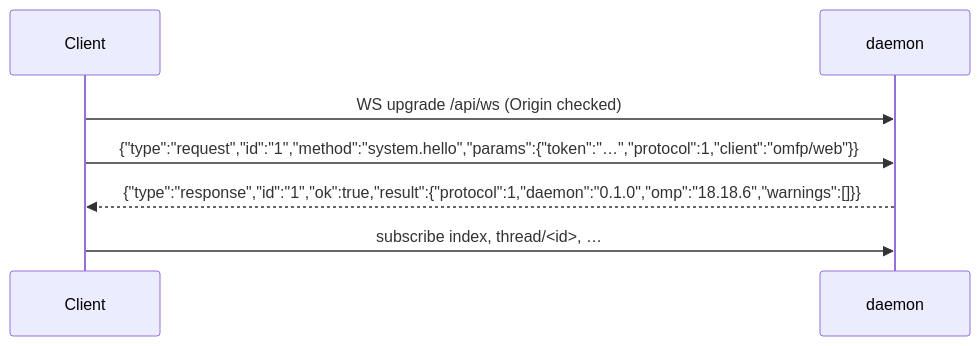
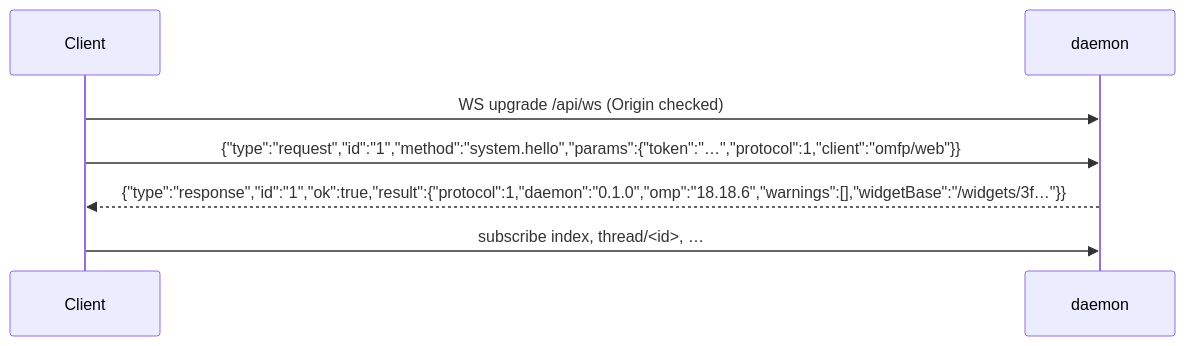
Before and after one commit to TonioGela/omfp: the diagram in docs/specs/03-protocol.md, drawn with Mermaid. The commit also changed other lines of this file and 128 other files, not shown here.

````diff
--- a/docs/specs/03-protocol.md
+++ b/docs/specs/03-protocol.md
@@ -9,9 +10,9 @@
 ```mermaid
 sequenceDiagram
   participant C as Client
   participant D as daemon
   C->>D: WS upgrade /api/ws (Origin checked)
   C->>D: {"type":"request","id":"1","method":"system.hello","params":{"token":"…","protocol":1,"client":"omfp/web"}}
-  D-->>C: {"type":"response","id":"1","ok":true,"result":{"protocol":1,"daemon":"0.1.0","omp":"18.18.6","warnings":[]}}
+  D-->>C: {"type":"response","id":"1","ok":true,"result":{"protocol":1,"daemon":"0.1.0","omp":"18.18.6","warnings":[],"widgetBase":"/widgets/3f…"}}
   C->>D: subscribe index, thread/<id>, …
 ```
````
